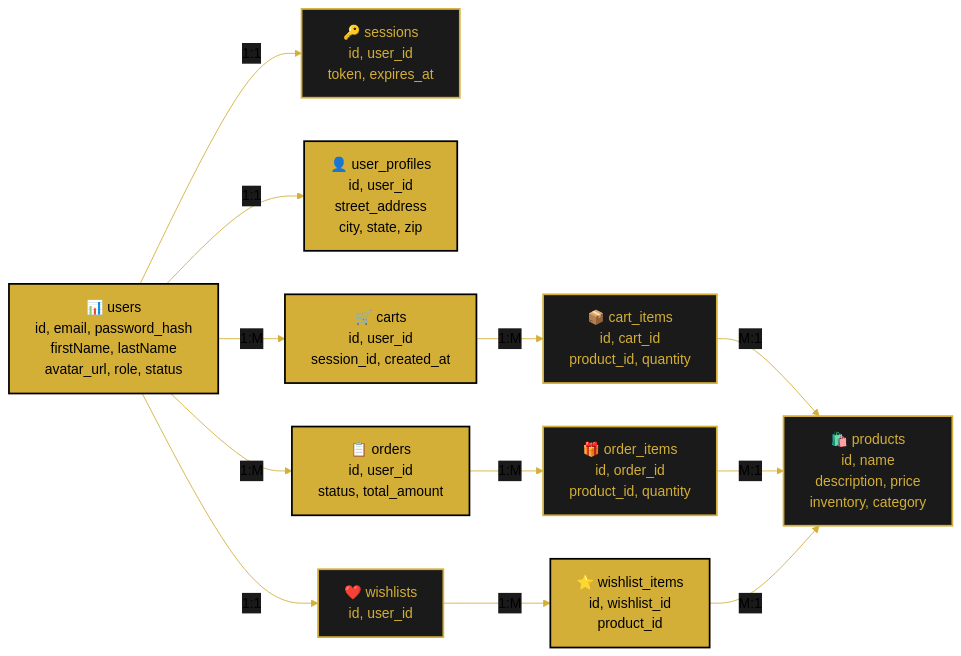
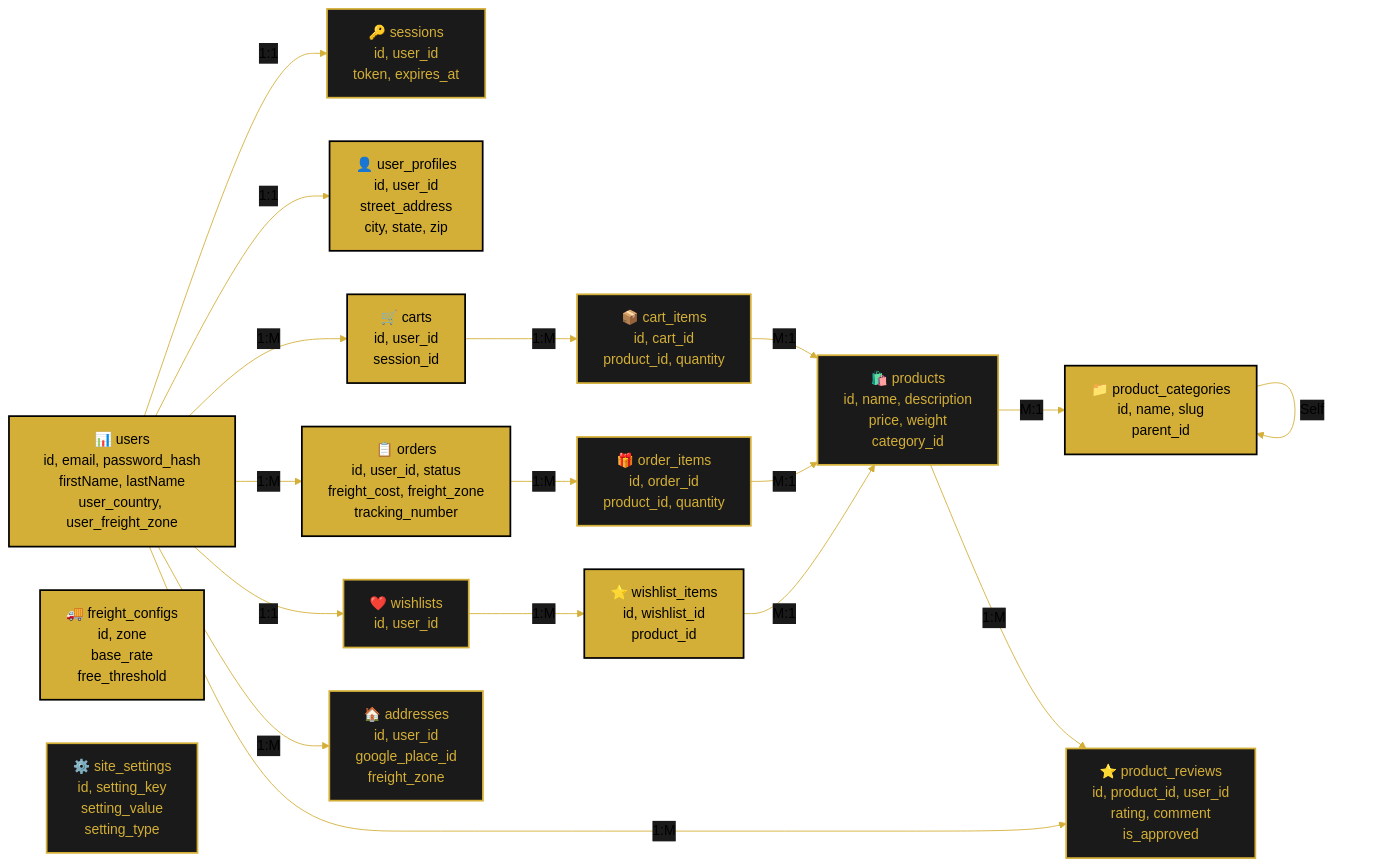
Before and after one commit to paulobrigidofilho/orbishistorymaps: the diagram in docs/architecture/database-schema.md, drawn with Mermaid. The commit also changed other lines of this file and 4 other files, not shown here.

````diff
--- a/docs/architecture/database-schema.md
+++ b/docs/architecture/database-schema.md
@@ -37,29 +41,39 @@
 ```mermaid
 %%{init: {'theme':'base', 'themeVariables': { 'primaryColor':'#D4AF37','primaryTextColor':'#000','primaryBorderColor':'#000','lineColor':'#D4AF37','secondaryColor':'#1a1a1a','tertiaryColor':'#333'}}}%%
 graph LR
-    Users["📊 users<br/>id, email, password_hash<br/>firstName, lastName<br/>avatar_url, role, status"]:::gold
+    Users["📊 users<br/>id, email, password_hash<br/>firstName, lastName<br/>user_country, user_freight_zone"]:::gold
     Sessions["🔑 sessions<br/>id, user_id<br/>token, expires_at"]:::black
     Profiles["👤 user_profiles<br/>id, user_id<br/>street_address<br/>city, state, zip"]:::gold
-    Products["🛍️ products<br/>id, name<br/>description, price<br/>inventory, category"]:::black
-    Carts["🛒 carts<br/>id, user_id<br/>session_id, created_at"]:::gold
+    Products["🛍️ products<br/>id, name, description<br/>price, weight<br/>category_id"]:::black
+    Categories["📁 product_categories<br/>id, name, slug<br/>parent_id"]:::gold
+    Reviews["⭐ product_reviews<br/>id, product_id, user_id<br/>rating, comment<br/>is_approved"]:::black
+    Carts["🛒 carts<br/>id, user_id<br/>session_id"]:::gold
     CartItems["📦 cart_items<br/>id, cart_id<br/>product_id, quantity"]:::black
-    Orders["📋 orders<br/>id, user_id<br/>status, total_amount"]:::gold
+    Orders["📋 orders<br/>id, user_id, status<br/>freight_cost, freight_zone<br/>tracking_number"]:::gold
     OrderItems["🎁 order_items<br/>id, order_id<br/>product_id, quantity"]:::black
     Wishlists["❤️ wishlists<br/>id, user_id"]:::black
     WishlistItems["⭐ wishlist_items<br/>id, wishlist_id<br/>product_id"]:::gold
+    Addresses["🏠 addresses<br/>id, user_id<br/>google_place_id<br/>freight_zone"]:::black
+    FreightConfig["🚚 freight_configs<br/>id, zone<br/>base_rate<br/>free_threshold"]:::gold
+    SiteSettings["⚙️ site_settings<br/>id, setting_key<br/>setting_value<br/>setting_type"]:::black
     
     Users -->|1:1| Sessions
     Users -->|1:1| Profiles
     Users -->|1:M| Carts
     Users -->|1:M| Orders
     Users -->|1:1| Wishlists
+    Users -->|1:M| Addresses
+    Users -->|1:M| Reviews
+    Products -->|M:1| Categories
+    Products -->|1:M| Reviews
+    Categories -->|Self| Categories
     Carts -->|1:M| CartItems
     CartItems -->|M:1| Products
     Orders -->|1:M| OrderItems
     OrderItems -->|M:1| Products
     Wishlists -->|1:M| WishlistItems
     WishlistItems -->|M:1| Products
     
     classDef gold fill:#D4AF37,stroke:#000,stroke-width:2px,color:#000
     classDef black fill:#1a1a1a,stroke:#D4AF37,stroke-width:2px,color:#D4AF37
 ```
````
